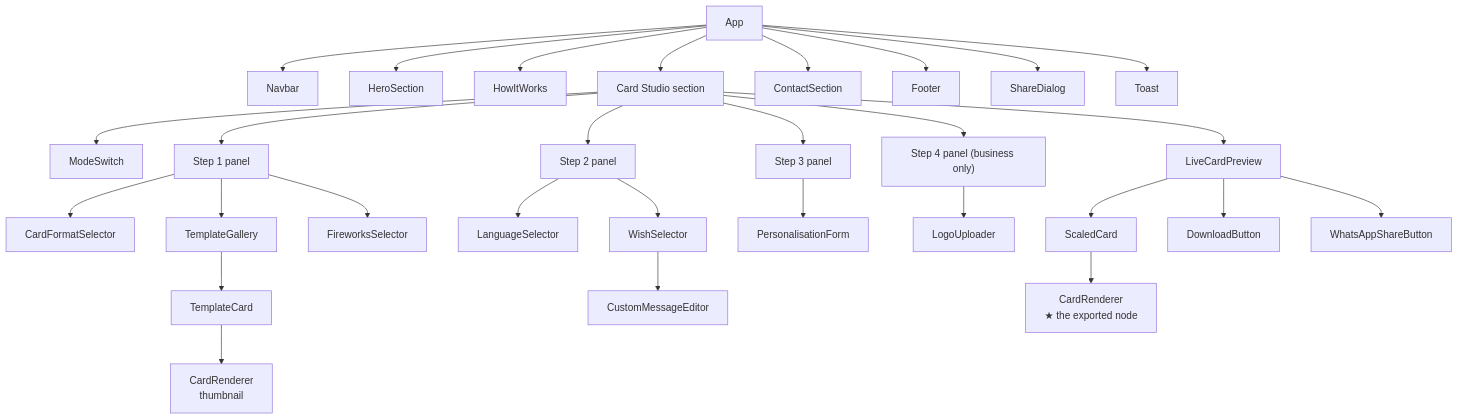
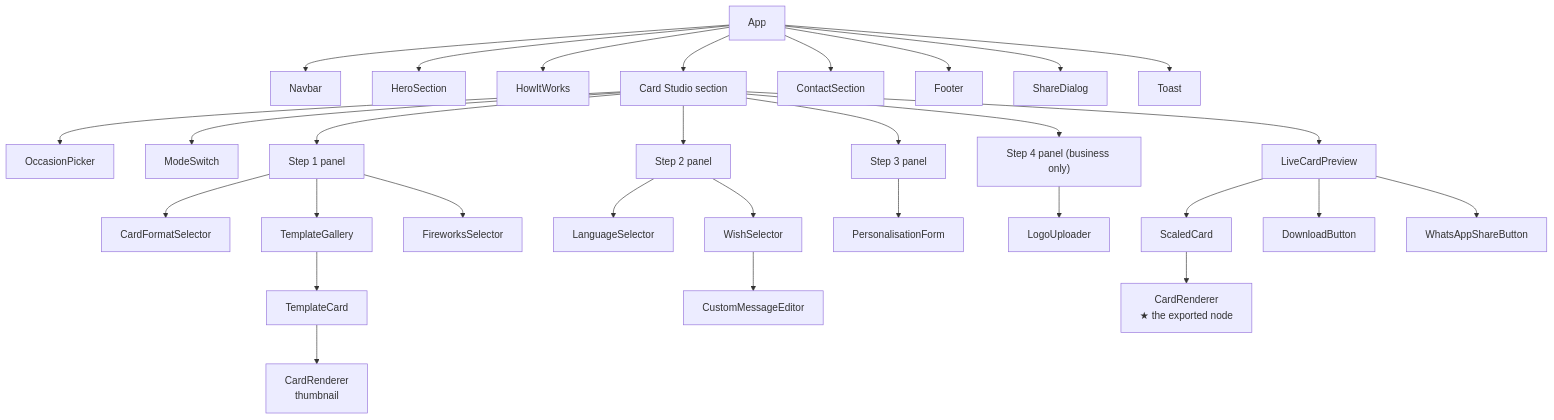
The second of 8 diagrams in docs/03-low-level-design.md (saurabhamrutkar07/festive-card-studio), drawn with Mermaid before and after one commit. The commit also changed other lines of this file and 27 other files, not shown here.

````diff
--- a/docs/03-low-level-design.md
+++ b/docs/03-low-level-design.md
@@ -106,23 +119,24 @@
 ```mermaid
 flowchart TD
     App --> Navbar
     App --> HeroSection
     App --> HowItWorks
     App --> Studio[Card Studio section]
+    Studio --> OccasionPicker
     Studio --> ModeSwitch
     Studio --> Step1[Step 1 panel]
     Step1 --> CardFormatSelector
     Step1 --> TemplateGallery --> TemplateCard --> CR1[CardRenderer<br/>thumbnail]
     Step1 --> FireworksSelector
     Studio --> Step2[Step 2 panel] --> LanguageSelector
     Step2 --> WishSelector --> CustomMessageEditor
     Studio --> Step3[Step 3 panel] --> PersonalisationForm
     Studio --> Step4["Step 4 panel (business only)"] --> LogoUploader
     Studio --> LiveCardPreview --> ScaledCard --> CR2[CardRenderer<br/>★ the exported node]
     LiveCardPreview --> DownloadButton
     LiveCardPreview --> WhatsAppShareButton
     App --> ContactSection
     App --> Footer
     App --> ShareDialog
     App --> Toast
 ```
````
